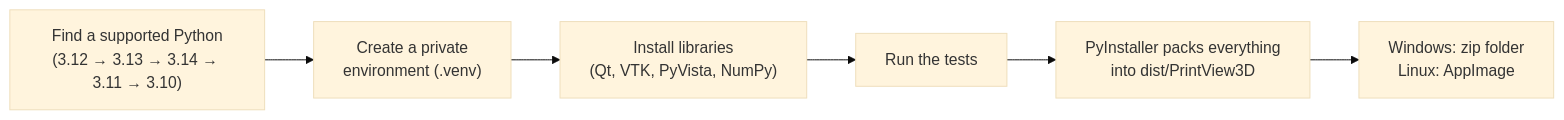
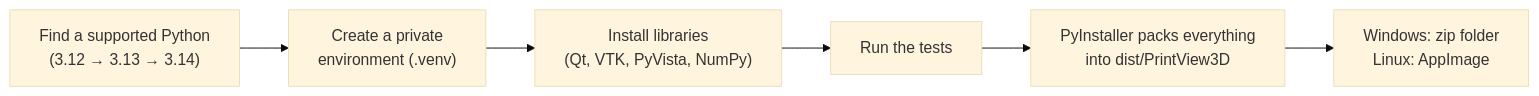
Before and after one commit to sevagjb/PrintView3D: the diagram in README.md, drawn with Mermaid (base theme). The commit also changed other lines of this file and 4 other files, not shown here.

First line of the commit message:
Build scripts: need Python 3.12-3.14, replace a .venv from an old Python (#61)

````diff
--- a/README.md
+++ b/README.md
@@ -592,8 +592,8 @@
 ```mermaid
 flowchart LR
-    A["Find a supported Python<br/>(3.12 → 3.13 → 3.14 → 3.11 → 3.10)"] --> B["Create a private<br/>environment (.venv)"]
+    A["Find a supported Python<br/>(3.12 → 3.13 → 3.14)"] --> B["Create a private<br/>environment (.venv)"]
     B --> C["Install libraries<br/>(Qt, VTK, PyVista, NumPy)"]
     C --> D["Run the tests"]
     D --> E["PyInstaller packs everything<br/>into dist/PrintView3D"]
     E --> F["Windows: zip folder<br/>Linux: AppImage"]
 ```
````
